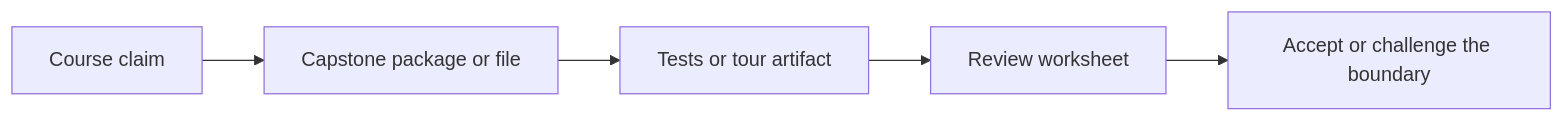
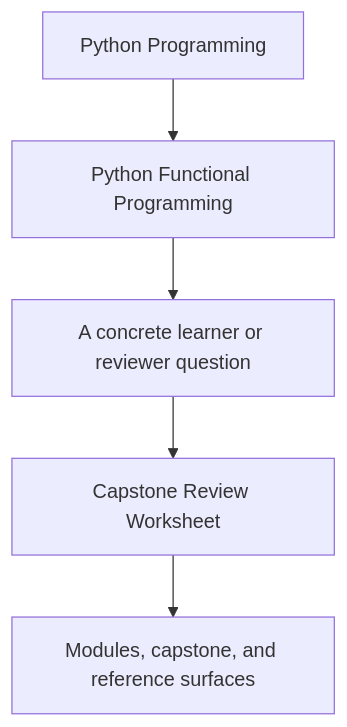
One commit to bijux/bijux-masterclass changed the first of 2 diagrams in programs/python-programming/python-functional-programming/course-book/guides/capstone-review-worksheet.md. Above: the diagram before and after it, drawn with Mermaid. The commit also changed other lines of this file and 23 other files, not shown here.

Commit message:
docs(python-functional-programming): sharpen guide and reference diagrams

````diff
--- a/programs/python-programming/python-functional-programming/course-book/guides/capstone-review-worksheet.md
+++ b/programs/python-programming/python-functional-programming/course-book/guides/capstone-review-worksheet.md
@@ -7,7 +7,7 @@
 ```mermaid
-graph LR
-  claim["Course claim"] --> code["Capstone package or file"]
-  code --> tests["Tests or tour artifact"]
-  tests --> worksheet["Review worksheet"]
-  worksheet --> decision["Accept or challenge the boundary"]
+flowchart TD
+  family["Python Programming"] --> program["Python Functional Programming"]
+  program --> pressure["A concrete learner or reviewer question"]
+  pressure --> guide["Capstone Review Worksheet"]
+  guide --> next["Modules, capstone, and reference surfaces"]
 ```
````
